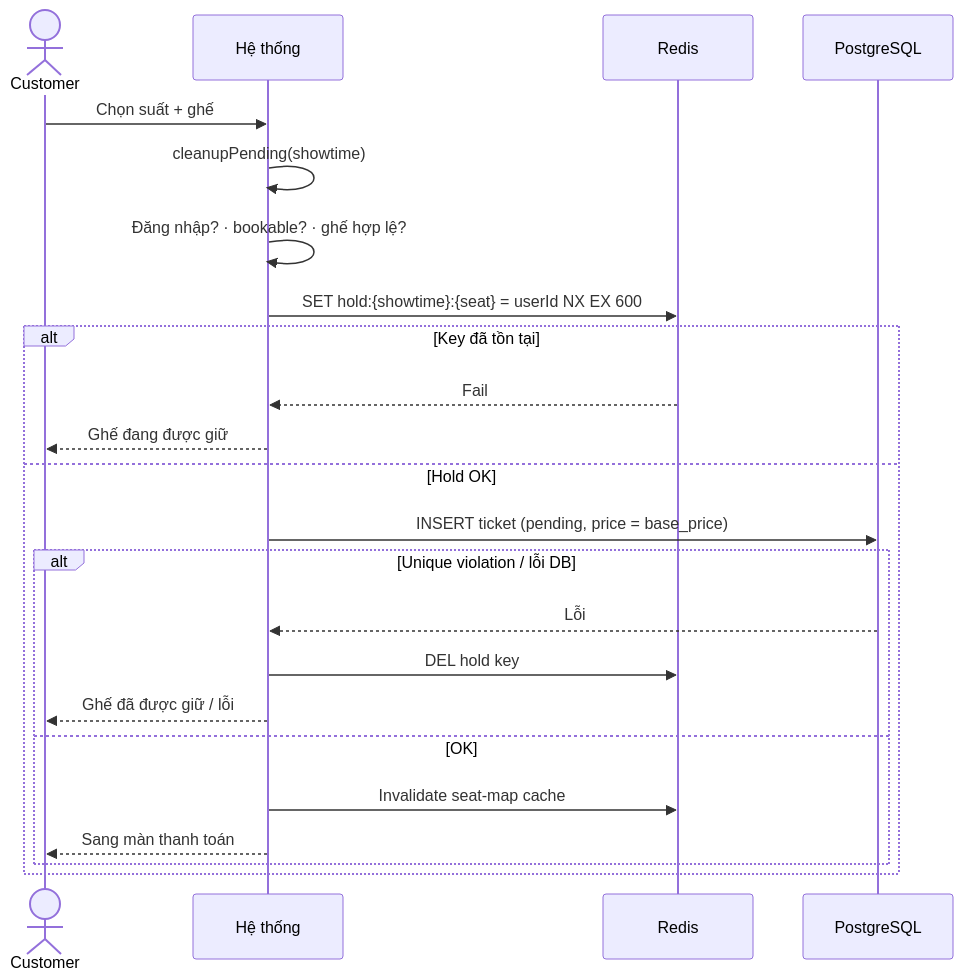
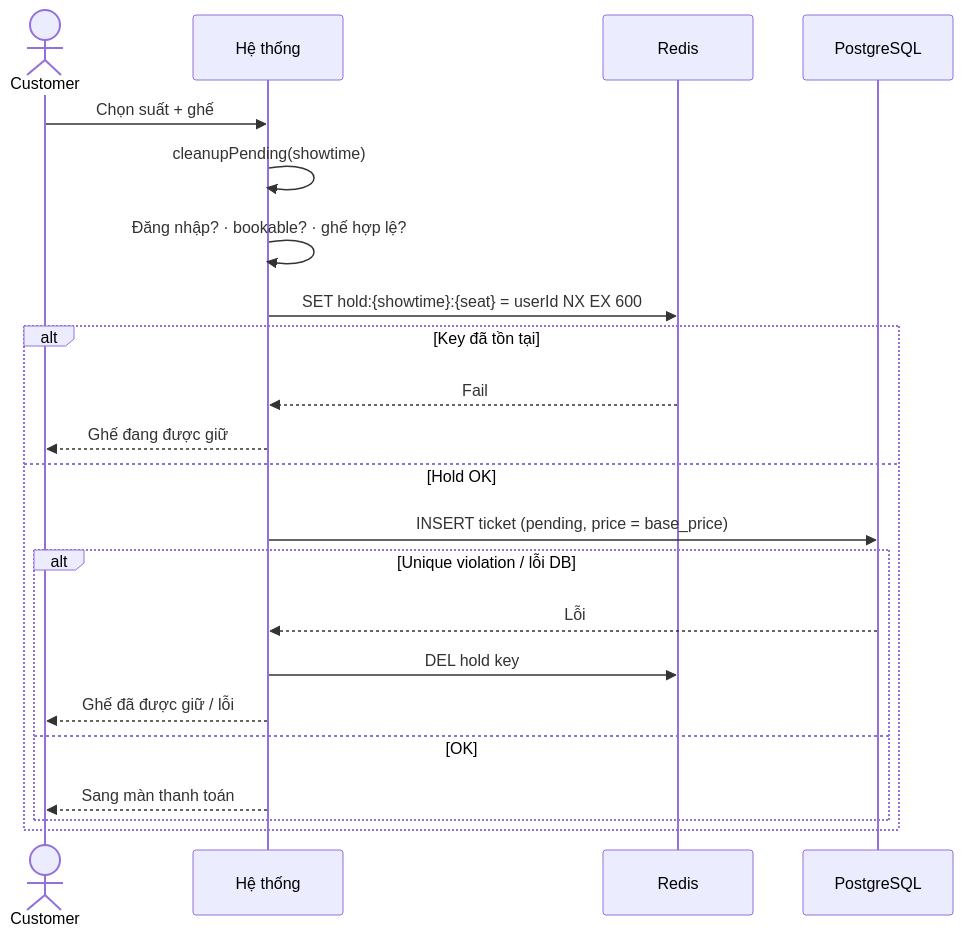
The fourth of 11 diagrams in myproject/SPEC.md (Hoangvu2911/SBU5_learnPython), drawn with Mermaid before and after one commit. The commit also changed other lines of this file and 15 other files, not shown here.

````diff
--- a/myproject/SPEC.md
+++ b/myproject/SPEC.md
@@ -343,26 +335,25 @@
 ```mermaid
 sequenceDiagram
   actor C as Customer
   participant S as Hệ thống
   participant R as Redis
   participant DB as PostgreSQL
 
   C->>S: Chọn suất + ghế
   S->>S: cleanupPending(showtime)
   S->>S: Đăng nhập? · bookable? · ghế hợp lệ?
   S->>R: SET hold:{showtime}:{seat} = userId NX EX 600
   alt Key đã tồn tại
     R-->>S: Fail
     S-->>C: Ghế đang được giữ
   else Hold OK
     S->>DB: INSERT ticket (pending, price = base_price)
     alt Unique violation / lỗi DB
       DB-->>S: Lỗi
       S->>R: DEL hold key
       S-->>C: Ghế đã được giữ / lỗi
     else OK
-      S->>R: Invalidate seat-map cache
       S-->>C: Sang màn thanh toán
     end
   end
 ```
````
